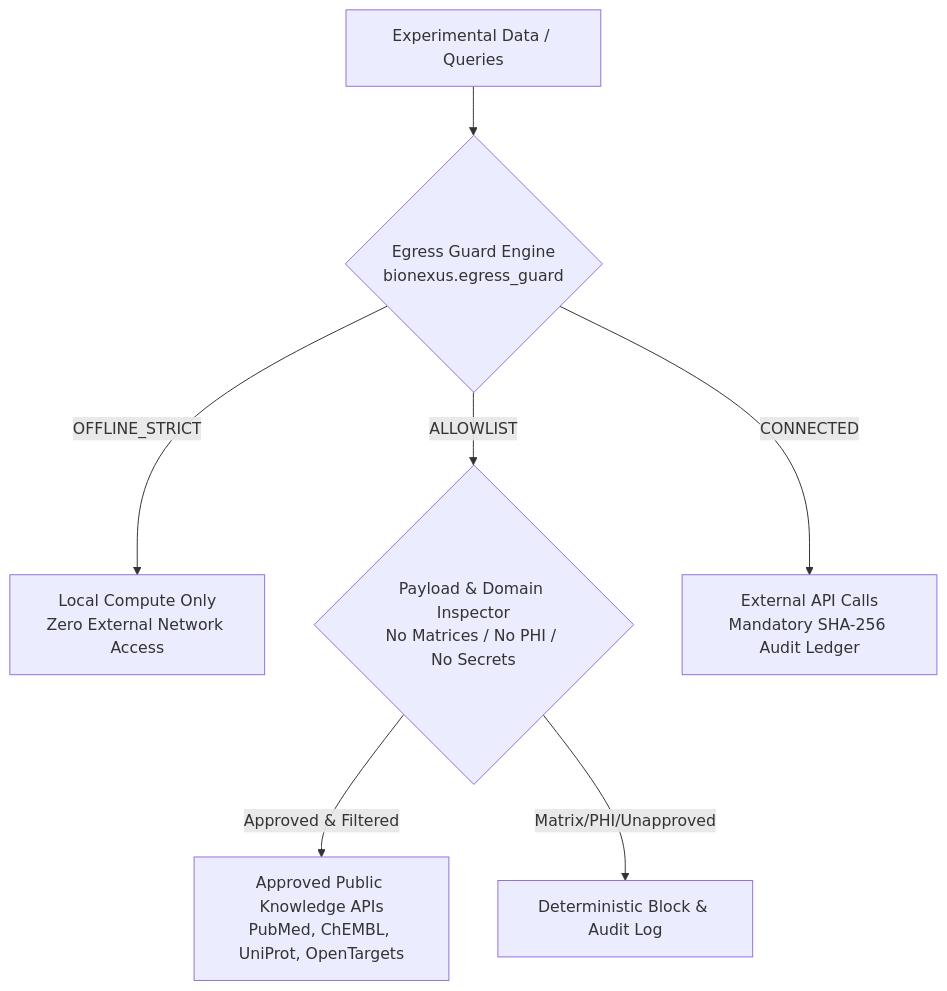
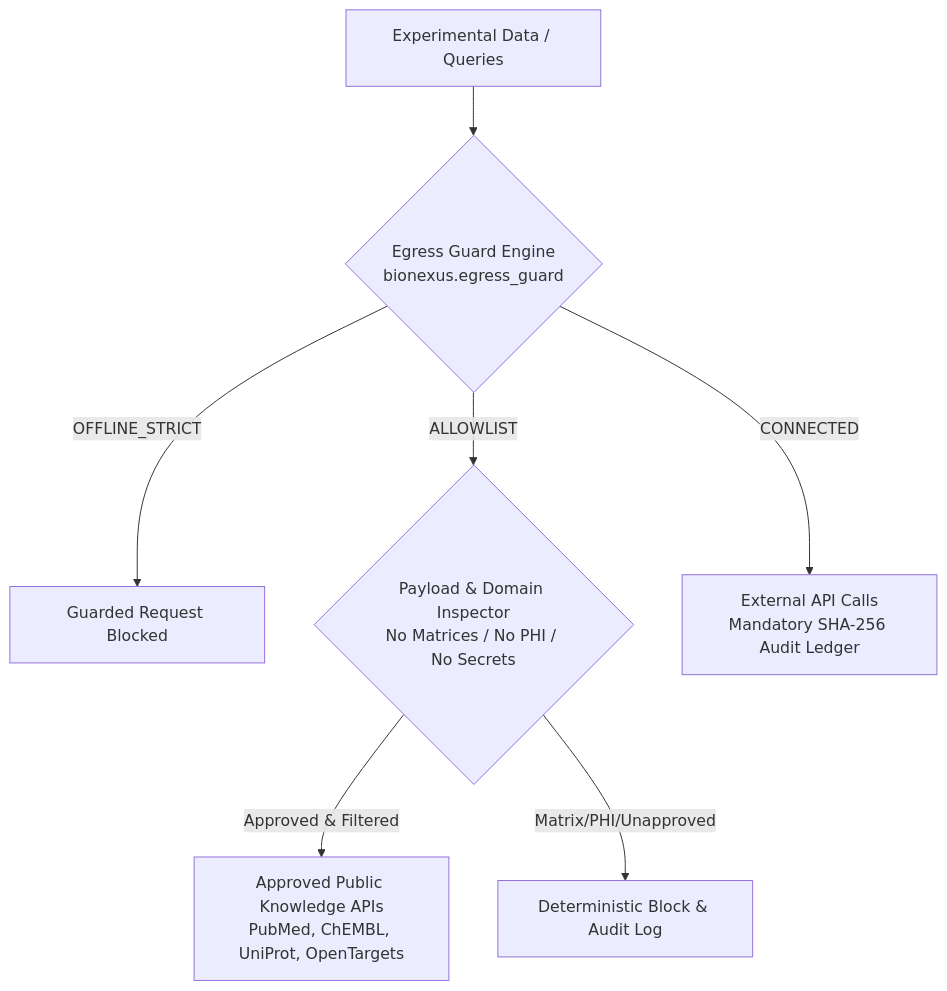
The diagram in SECURITY.md (HERRY423/BioNexus), drawn with Mermaid before and after one commit. The commit also changed other lines of this file and 1260 other files, not shown here.

````diff
--- a/SECURITY.md
+++ b/SECURITY.md
@@ -36,9 +40,9 @@
 ```mermaid
 flowchart TD
     Data[Experimental Data / Queries] --> Guard{Egress Guard Engine\nbionexus.egress_guard}
-    Guard -->|OFFLINE_STRICT| Local[Local Compute Only\nZero External Network Access]
+    Guard -->|OFFLINE_STRICT| Local[Guarded Request Blocked]
     Guard -->|ALLOWLIST| Filter{Payload & Domain Inspector\nNo Matrices / No PHI / No Secrets}
     Filter -->|Approved & Filtered| PublicMCP[Approved Public Knowledge APIs\nPubMed, ChEMBL, UniProt, OpenTargets]
     Filter -->|Matrix/PHI/Unapproved| Block[Deterministic Block & Audit Log]
     Guard -->|CONNECTED| Audited[External API Calls\nMandatory SHA-256 Audit Ledger]
 ```
````
